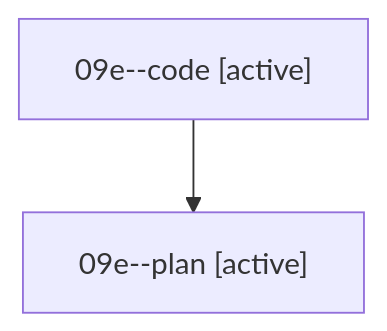
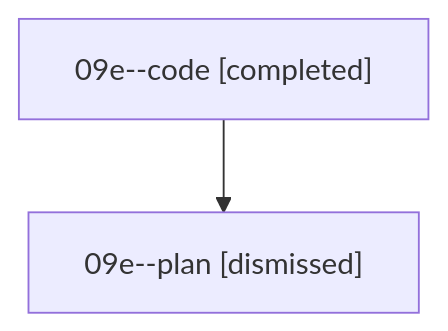
The diagram in families/bbugyi200.athena.09e.md (sase-org/sase--agents), drawn with Mermaid before and after one commit. The commit also changed other lines of this file and 191 other files, not shown here.

````diff
--- a/families/bbugyi200.athena.09e.md
+++ b/families/bbugyi200.athena.09e.md
@@ -9,6 +9,6 @@
 ```mermaid
 flowchart TD
-  n0["09e--code [active]"]
-  n1["09e--plan [active]"]
+  n0["09e--code [completed]"]
+  n1["09e--plan [dismissed]"]
   n0 --> n1
 ```
````
